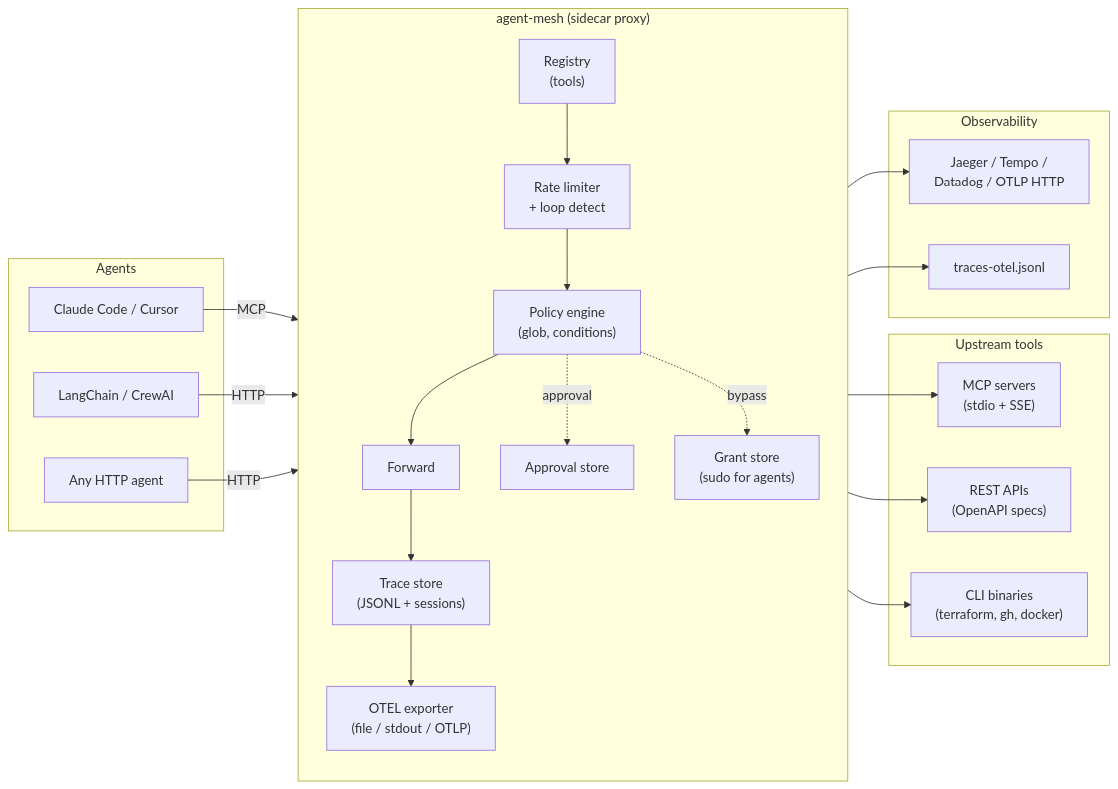
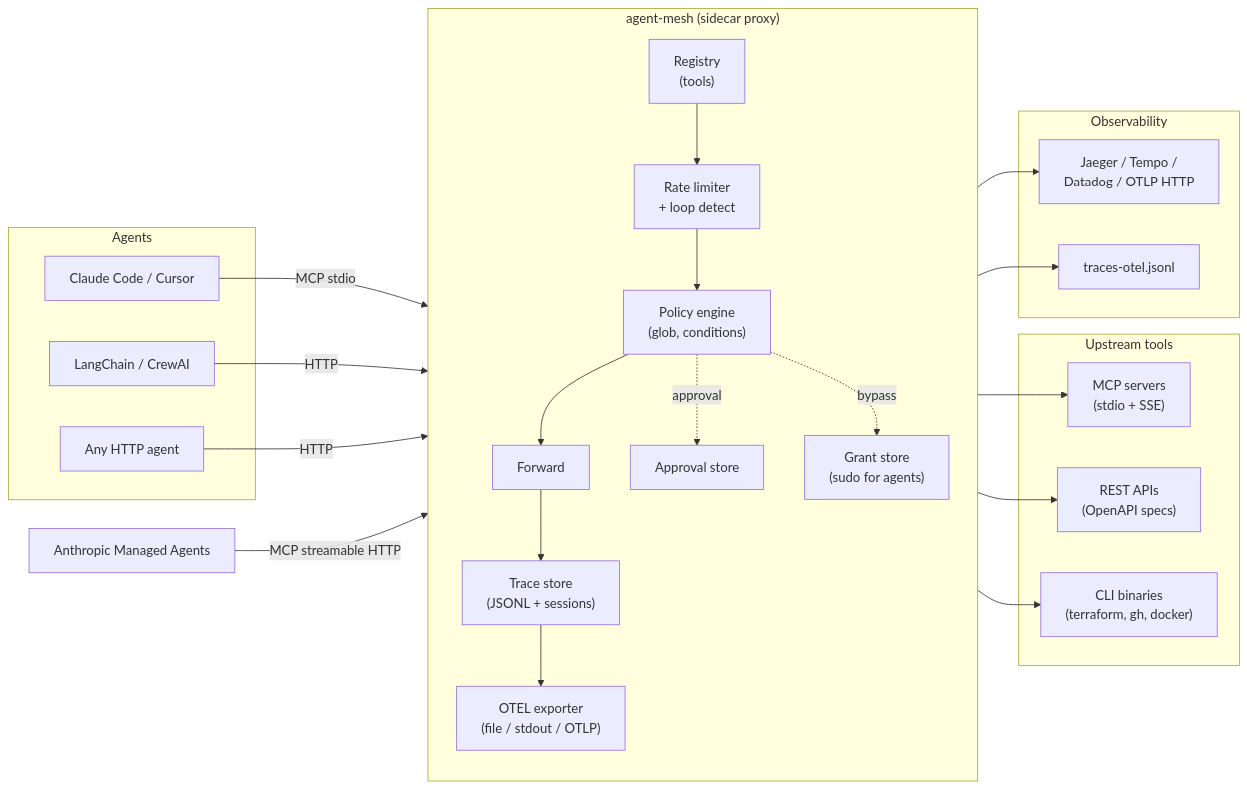
Before and after one commit to KTCrisis/flux7-mesh: the diagram in README.md, drawn with Mermaid. The commit also changed other lines of this file and 6 other files, not shown here.

First line of the commit message:
feat(mcp): add Streamable HTTP transport for Anthropic Managed Agents

````diff
--- a/README.md
+++ b/README.md
@@ -29,48 +29,51 @@
 ```mermaid
 flowchart LR
     subgraph Agents["Agents"]
         A1["Claude Code / Cursor"]
         A2["LangChain / CrewAI"]
         A3["Any HTTP agent"]
     end
 
     subgraph Mesh["agent-mesh (sidecar proxy)"]
         direction TB
         REG["Registry<br/>(tools)"]
         RL["Rate limiter<br/>+ loop detect"]
         POL["Policy engine<br/>(glob, conditions)"]
         FWD["Forward"]
         APP["Approval store"]
         GRT["Grant store<br/>(sudo for agents)"]
         TRC["Trace store<br/>(JSONL + sessions)"]
         OTEL["OTEL exporter<br/>(file / stdout / OTLP)"]
 
         REG --> RL --> POL --> FWD
         POL -.approval.-> APP
         POL -.bypass.-> GRT
         FWD --> TRC
         TRC --> OTEL
     end
 
     subgraph Upstream["Upstream tools"]
         U1["MCP servers<br/>(stdio + SSE)"]
         U2["REST APIs<br/>(OpenAPI specs)"]
         U3["CLI binaries<br/>(terraform, gh, docker)"]
     end
 
     subgraph Observability["Observability"]
         O1["Jaeger / Tempo /<br/>Datadog / OTLP HTTP"]
         O2["traces-otel.jsonl"]
     end
 
-    A1 -- MCP --> Mesh
+    A4["Anthropic Managed Agents"]
+
+    A1 -- "MCP stdio" --> Mesh
     A2 -- HTTP --> Mesh
     A3 -- HTTP --> Mesh
+    A4 -- "MCP streamable HTTP" --> Mesh
 
     FWD --> U1
     FWD --> U2
     FWD --> U3
 
     OTEL --> O1
     OTEL --> O2
 ```
````
